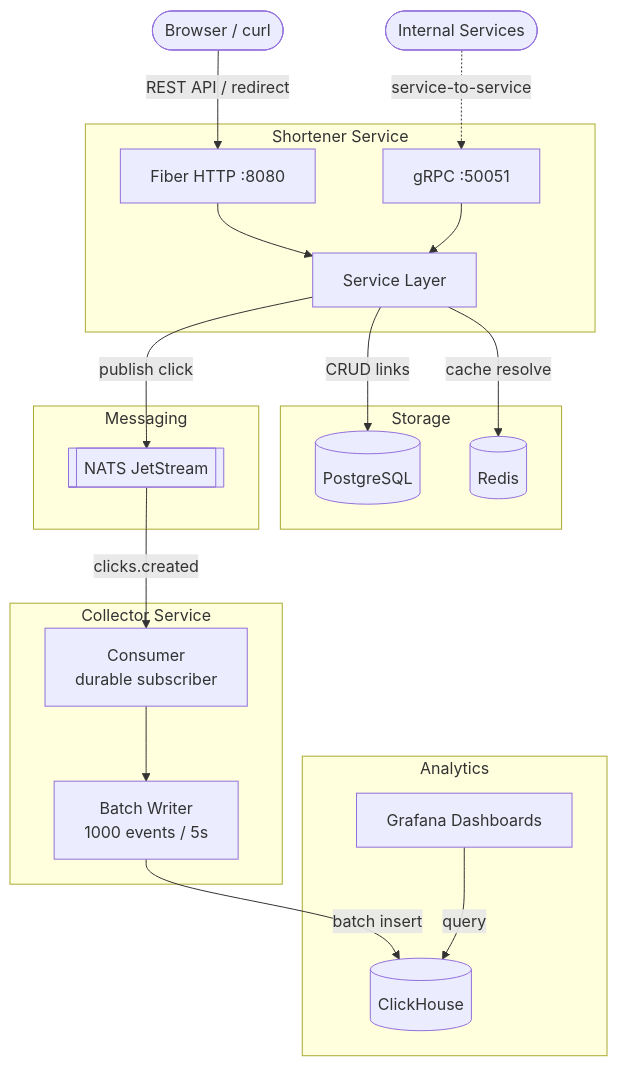
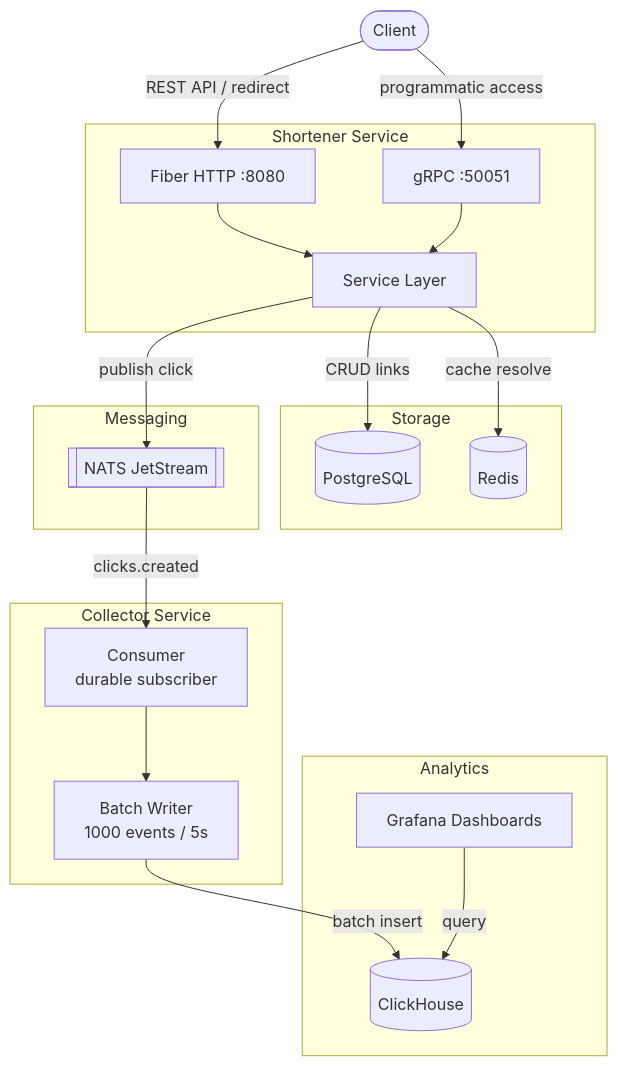
One commit to lander1x/snip changed the first of 3 diagrams in README.md. Above: the diagram before and after it, drawn with Mermaid.

Commit message:
Fix diagram: remove phantom internal services

````diff
--- a/README.md
+++ b/README.md
@@ -7,42 +7,41 @@
 ```mermaid
 graph TB
-    Client([Browser / curl])
-    Internal([Internal Services])
+    Client([Client])
 
     subgraph Shortener Service
         HTTP[Fiber HTTP :8080]
         GRPC[gRPC :50051]
         SVC[Service Layer]
     end
 
     subgraph Storage
         PG[(PostgreSQL)]
         RD[(Redis)]
     end
 
     subgraph Messaging
         NATS[[NATS JetStream]]
     end
 
     subgraph Collector Service
         CON[Consumer<br/>durable subscriber]
         WR[Batch Writer<br/>1000 events / 5s]
     end
 
     subgraph Analytics
         CH[(ClickHouse)]
         GF[Grafana Dashboards]
     end
 
     Client -->|REST API / redirect| HTTP
-    Internal -.->|service-to-service| GRPC
+    Client -->|programmatic access| GRPC
     HTTP --> SVC
     GRPC --> SVC
     SVC -->|CRUD links| PG
     SVC -->|cache resolve| RD
     SVC -->|publish click| NATS
     NATS -->|clicks.created| CON
     CON --> WR
     WR -->|batch insert| CH
     GF -->|query| CH
 ```
````
